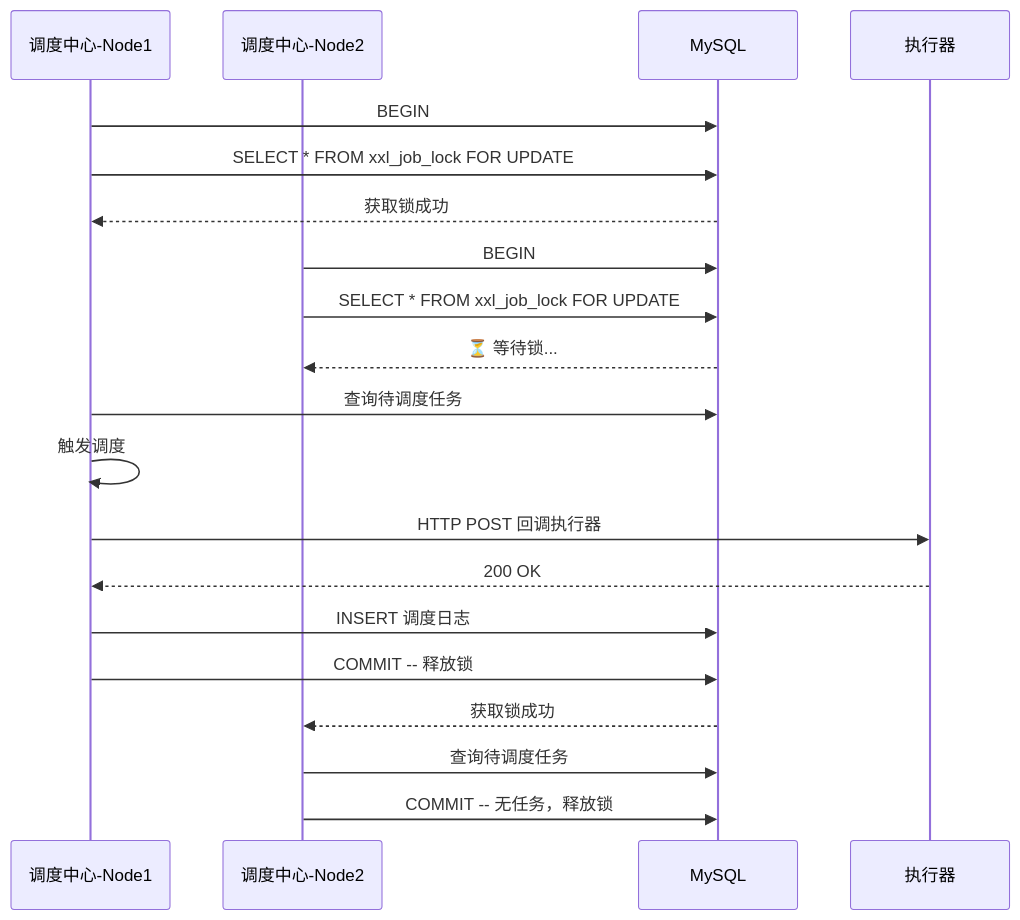
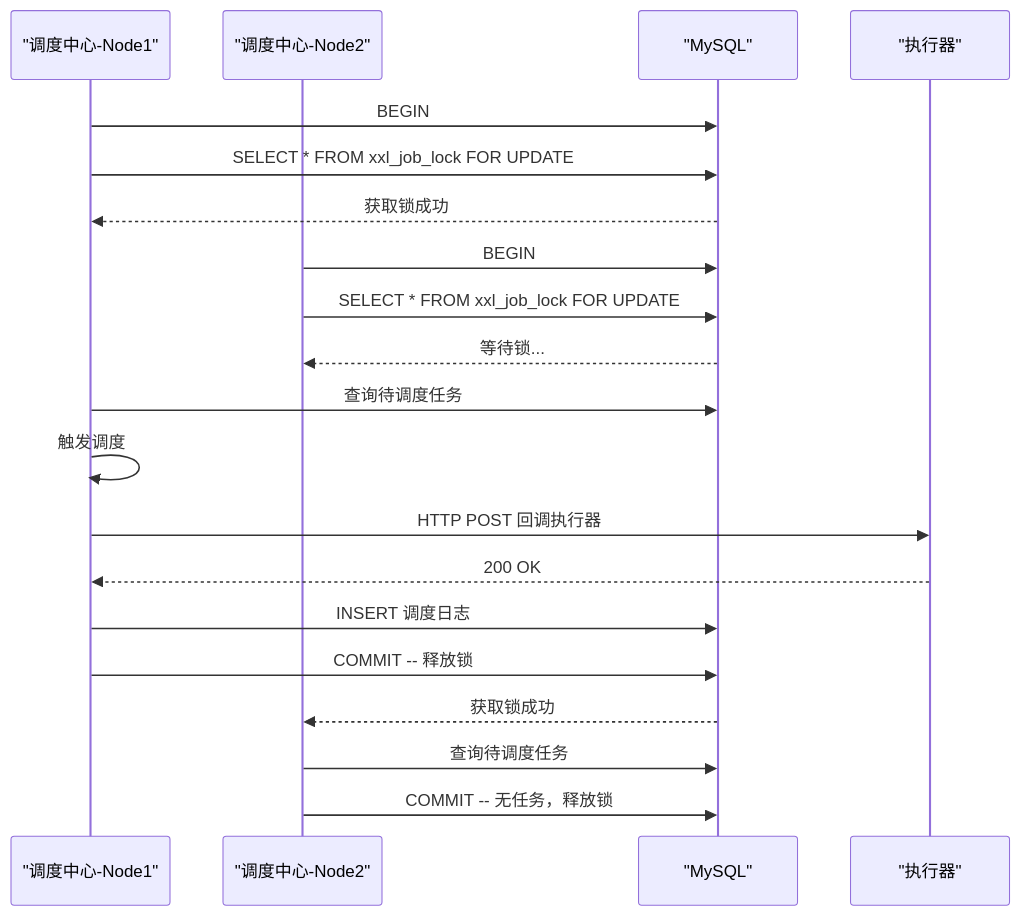
One commit to kane201x/javadoc changed the second of 6 diagrams in 12-xxljob/README.md. Above: the diagram before and after it, drawn with Mermaid. The commit also changed other lines of this file and 12 other files, not shown here.

First line of the commit message:
fix: correct mermaid diagram syntax across all modules

````diff
--- a/12-xxljob/README.md
+++ b/12-xxljob/README.md
@@ -89,26 +89,26 @@
 ```mermaid
 sequenceDiagram
-    participant N1 as 调度中心-Node1
-    participant N2 as 调度中心-Node2
-    participant DB as MySQL
-    participant Exec as 执行器
+    participant N1 as "调度中心-Node1"
+    participant N2 as "调度中心-Node2"
+    participant DB as "MySQL"
+    participant Exec as "执行器"
 
     N1->>DB: BEGIN
     N1->>DB: SELECT * FROM xxl_job_lock FOR UPDATE
     DB-->>N1: 获取锁成功
 
     N2->>DB: BEGIN
     N2->>DB: SELECT * FROM xxl_job_lock FOR UPDATE
-    DB-->>N2: ⏳ 等待锁...
+    DB-->>N2: 等待锁...
 
     N1->>DB: 查询待调度任务
     N1->>N1: 触发调度
     N1->>Exec: HTTP POST 回调执行器
     Exec-->>N1: 200 OK
     N1->>DB: INSERT 调度日志
     N1->>DB: COMMIT -- 释放锁
 
     DB-->>N2: 获取锁成功
     N2->>DB: 查询待调度任务
     N2->>DB: COMMIT -- 无任务，释放锁
 ```
````
